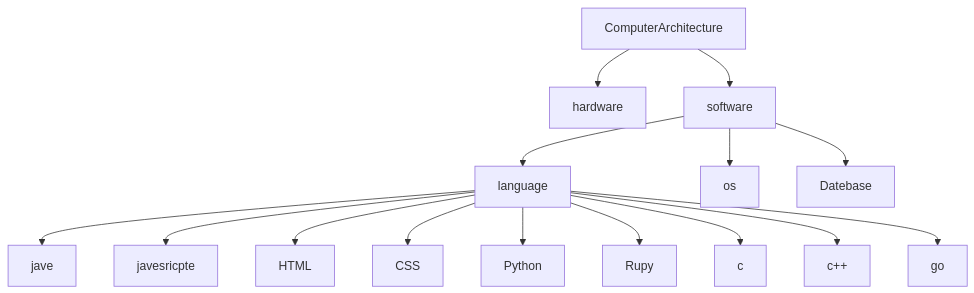
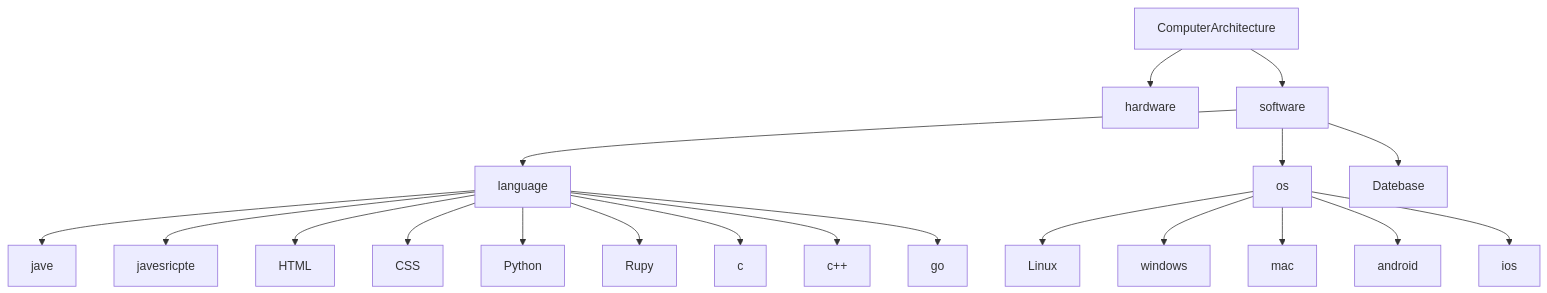
Before and after one commit to qmarsun/computer: the diagram in computer1.md, drawn with Mermaid.

````diff
--- a/computer1.md
+++ b/computer1.md
@@ -1,20 +1,28 @@
 ```mermaid
 graph TD;
     ComputerArchitecture-->hardware;
     ComputerArchitecture-->software;
     
     software-->language;
     software-->os;
     software-->Datebase;
     language-->jave
     language-->javesricpte
     language-->HTML
     language-->CSS
     language-->Python
     language-->Rupy
 
     language-->c
     language-->c++
     language-->go
    
+    os-->Linux
+    os-->windows
+
+    os-->mac
+    os-->android
+    os-->ios
+
+    
 ``` 
````
